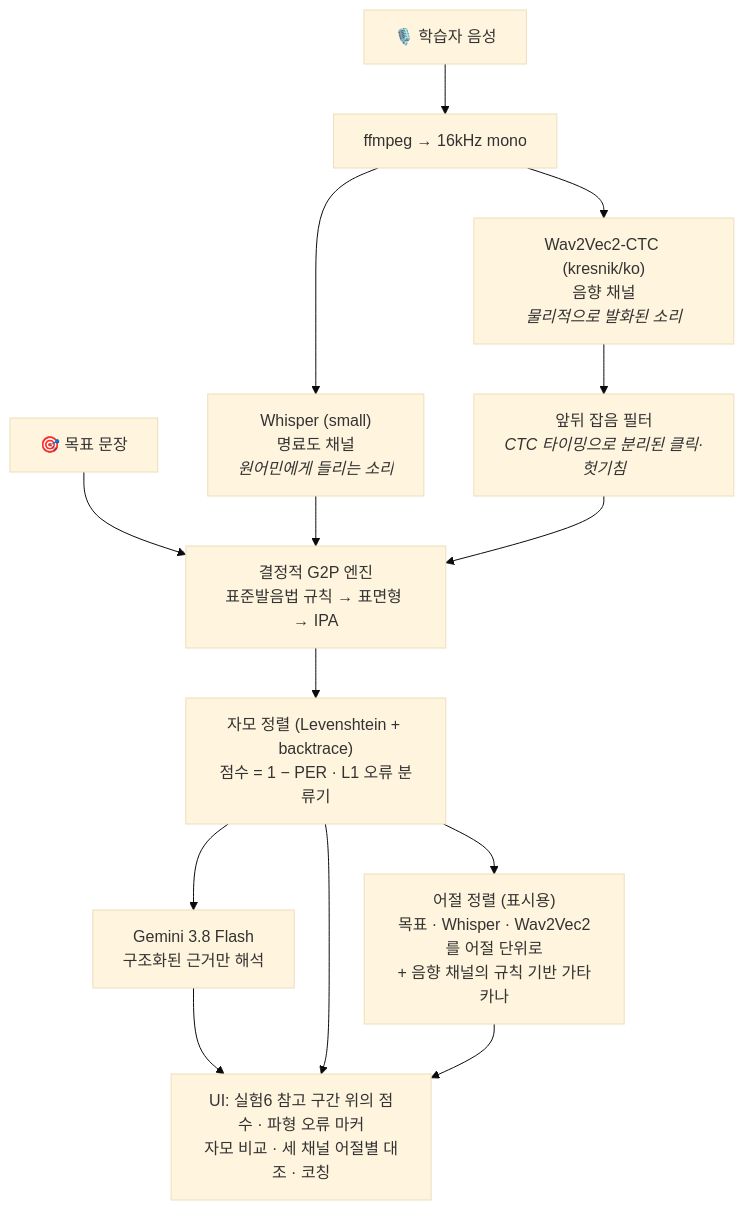
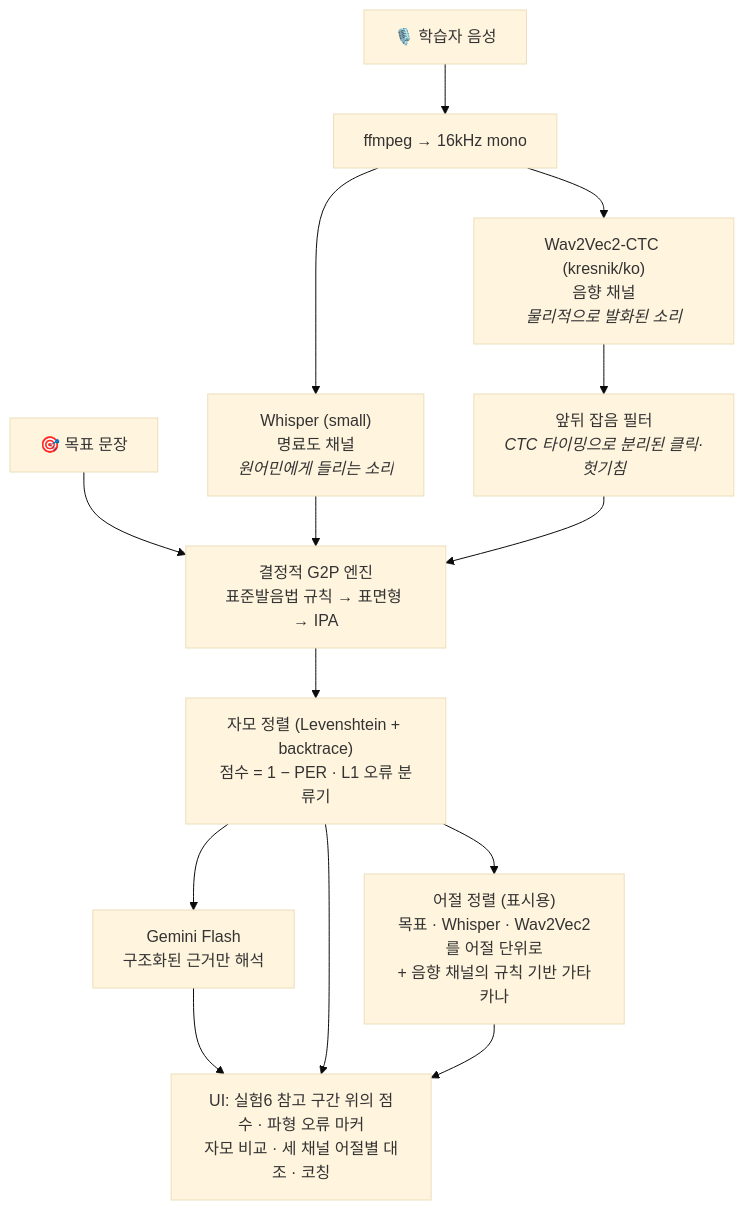
Before and after one commit to fairyofdata/PhonemeJP2KR: the diagram in README_kr.md, drawn with Mermaid (base theme). The commit also changed other lines of this file and 5 other files, not shown here.

````diff
--- a/README_kr.md
+++ b/README_kr.md
@@ -39,16 +39,16 @@
 ```mermaid
 flowchart TD
     A[🎙️ 학습자 음성] --> B[ffmpeg → 16kHz mono]
     B --> C["Whisper (small)<br/>명료도 채널<br/><i>원어민에게 들리는 소리</i>"]
     B --> D["Wav2Vec2-CTC (kresnik/ko)<br/>음향 채널<br/><i>물리적으로 발화된 소리</i>"]
     T[🎯 목표 문장] --> G
     C --> G["결정적 G2P 엔진<br/>표준발음법 규칙 → 표면형 → IPA"]
     D --> N["앞뒤 잡음 필터<br/><i>CTC 타이밍으로 분리된 클릭·헛기침</i>"]
     N --> G
     G --> S["자모 정렬 (Levenshtein + backtrace)<br/>점수 = 1 − PER · L1 오류 분류기"]
     S --> W["어절 정렬 (표시용)<br/>목표 · Whisper · Wav2Vec2를 어절 단위로<br/>+ 음향 채널의 규칙 기반 가타카나"]
-    S --> L["Gemini 3.8 Flash<br/>구조화된 근거만 해석"]
+    S --> L["Gemini Flash<br/>구조화된 근거만 해석"]
     L --> U["UI: 실험6 참고 구간 위의 점수 · 파형 오류 마커<br/>자모 비교 · 세 채널 어절별 대조 · 코칭"]
     S --> U
     W --> U
 ```
````
